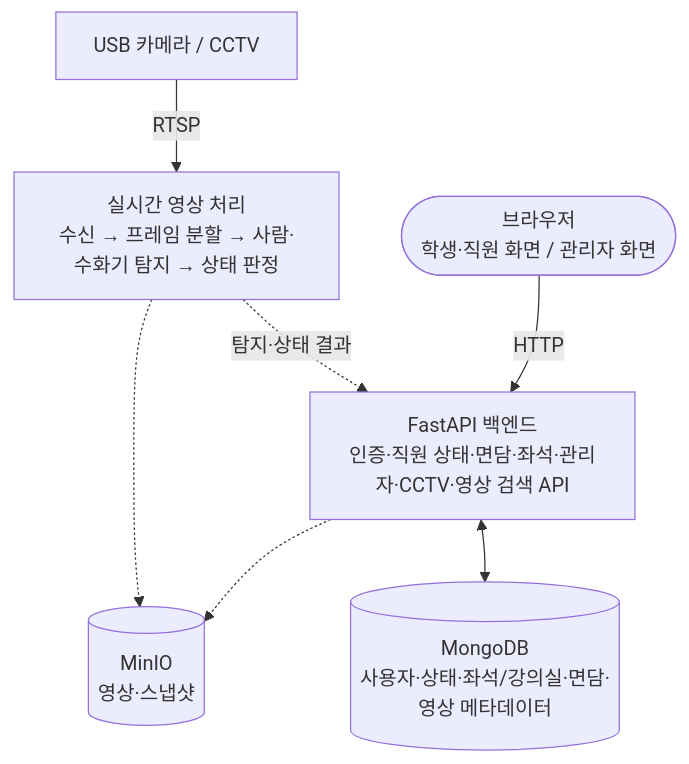
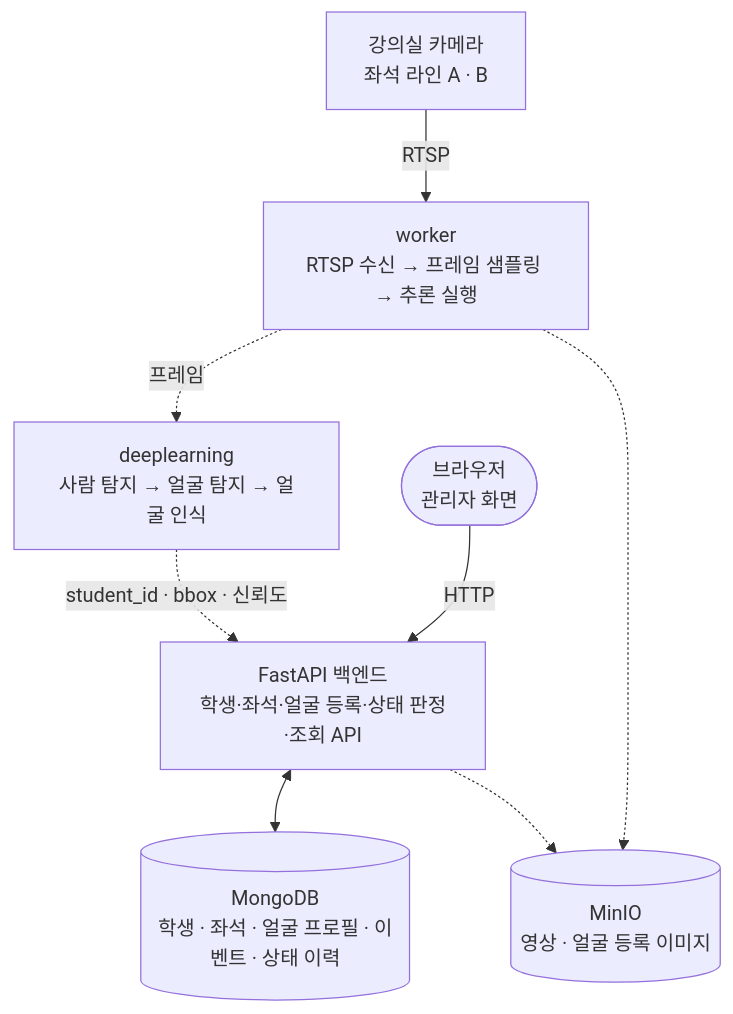
One commit to where-is-jo/classroom_monitoring changed the diagram in docs/architecture/README.md. Above: the diagram before and after it, drawn with Mermaid. The commit also changed other lines of this file and 1 other file, not shown here.

First line of the commit message:
docs(architecture): 아키텍처와 MVP 명세를 학생 모니터링 기준으로 다시 씀

````diff
--- a/docs/architecture/README.md
+++ b/docs/architecture/README.md
@@ -14,16 +29,18 @@
 ```mermaid
 flowchart TB
-    CAMERA["USB 카메라 / CCTV"]
-    VISION["실시간 영상 처리<br/>수신 → 프레임 분할 → 사람·수화기 탐지 → 상태 판정"]
-    BROWSER(["브라우저<br/>학생·직원 화면 / 관리자 화면"])
-    API["FastAPI 백엔드<br/>인증·직원 상태·면담·좌석·관리자·CCTV·영상 검색 API"]
-    MONGO[("MongoDB<br/>사용자·상태·좌석/강의실·면담·영상 메타데이터")]
-    MINIO[("MinIO<br/>영상·스냅샷")]
+    CAMERA["강의실 카메라<br/>좌석 라인 A · B"]
+    STREAM["worker<br/>RTSP 수신 → 프레임 샘플링 → 추론 실행"]
+    MODEL["deeplearning<br/>사람 탐지 → 얼굴 탐지 → 얼굴 인식"]
+    BROWSER(["브라우저<br/>관리자 화면"])
+    API["FastAPI 백엔드<br/>학생·좌석·얼굴 등록·상태 판정·조회 API"]
+    MONGO[("MongoDB<br/>학생 · 좌석 · 얼굴 프로필 · 이벤트 · 상태 이력")]
+    MINIO[("MinIO<br/>영상 · 얼굴 등록 이미지")]
 
-    CAMERA -->|"RTSP"| VISION
+    CAMERA -->|"RTSP"| STREAM
     BROWSER -->|"HTTP"| API
     API <--> MONGO
-    VISION -.->|"탐지·상태 결과"| API
-    VISION -.-> MINIO
+    STREAM -.->|"프레임"| MODEL
+    MODEL -.->|"student_id · bbox · 신뢰도"| API
+    STREAM -.-> MINIO
     API -.-> MINIO
 ```
````
